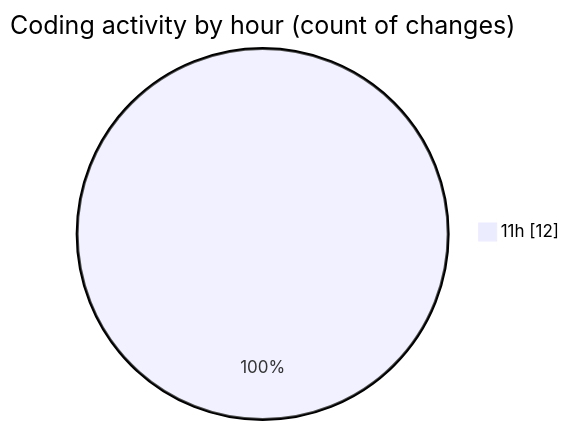
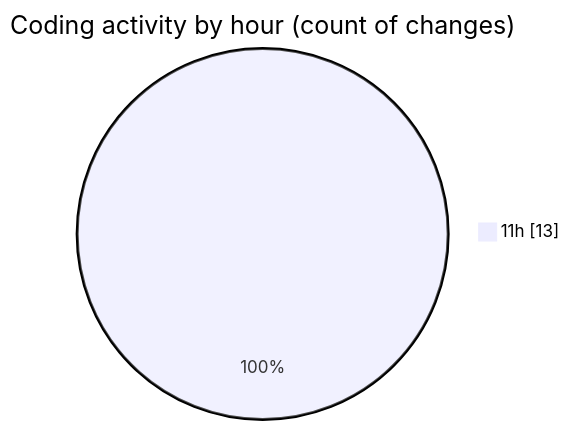
One commit to robertbonfada/code-tracking changed the second of 2 diagrams in 2025-01-25/termonied-web/README.md. Above: the diagram before and after it, drawn with Mermaid. The commit also changed other lines of this file and 1 other file, not shown here.

````diff
--- a/2025-01-25/termonied-web/README.md
+++ b/2025-01-25/termonied-web/README.md
@@ -30,5 +30,5 @@
 ```mermaid
 pie showData
 title Coding activity by hour (count of changes)
-"11h" : 12
+"11h" : 13
 ```
````
